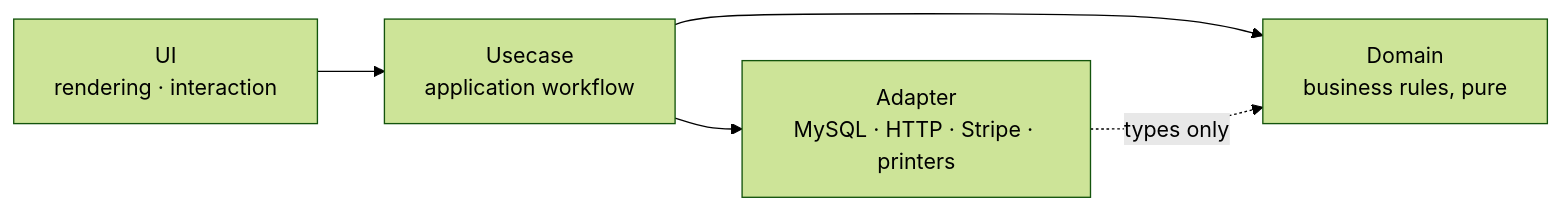
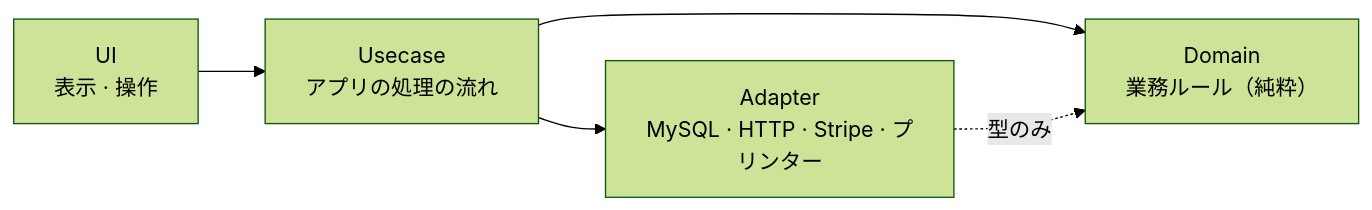
The diagram in README.md (mastomoda-1126/README), drawn with Mermaid (forest theme) before and after one commit. The commit also changed other lines of this file, not shown here.

````diff
--- a/README.md
+++ b/README.md
@@ -61,7 +62,7 @@
 ```mermaid
 flowchart LR
-  UI["UI<br/>rendering · interaction"] --> UC["Usecase<br/>application workflow"]
-  UC --> D["Domain<br/>business rules, pure"]
-  UC --> A["Adapter<br/>MySQL · HTTP · Stripe · printers"]
-  A -. types only .-> D
+  UI["UI<br/>表示 · 操作"] --> UC["Usecase<br/>アプリの処理の流れ"]
+  UC --> D["Domain<br/>業務ルール（純粋）"]
+  UC --> A["Adapter<br/>MySQL · HTTP · Stripe · プリンター"]
+  A -. 型のみ .-> D
 ```
````
